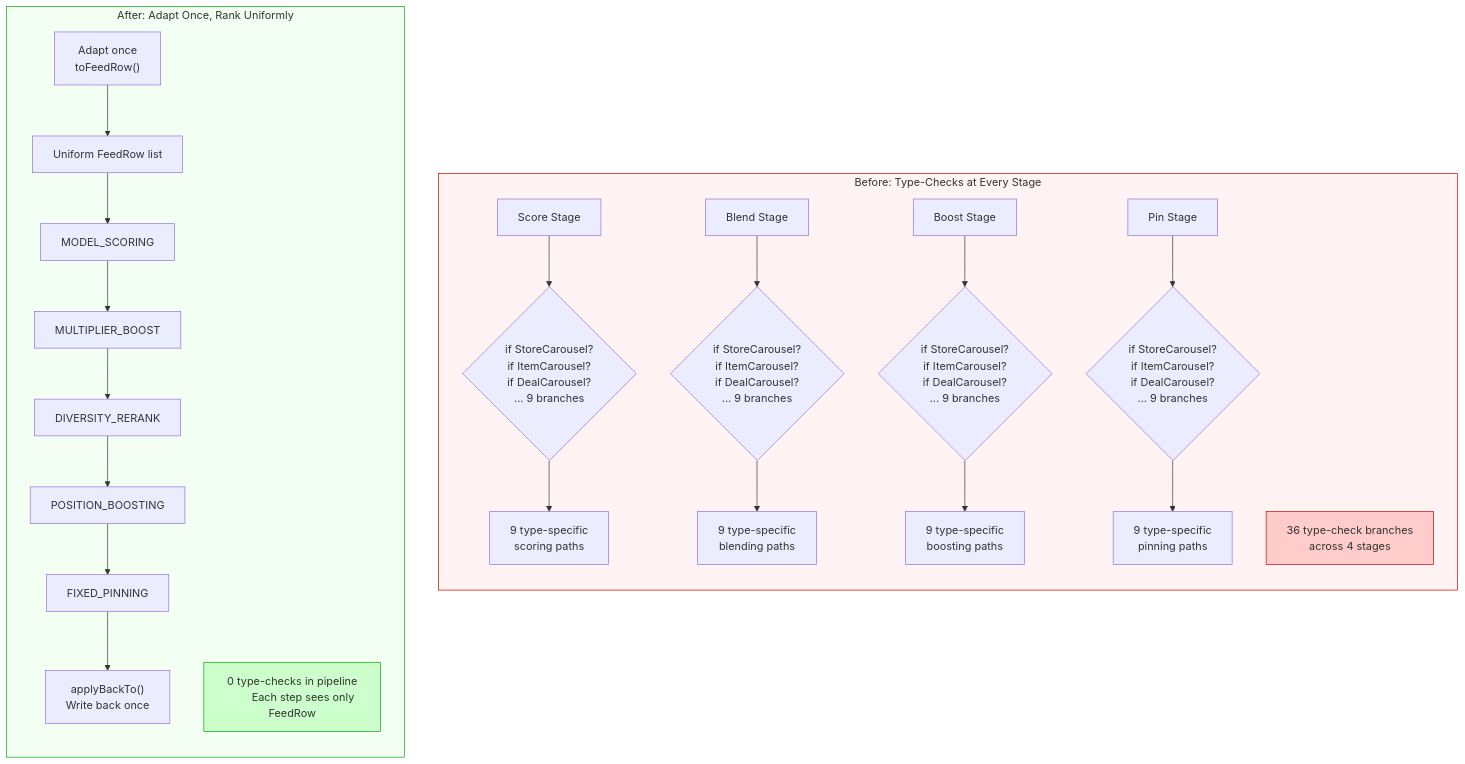
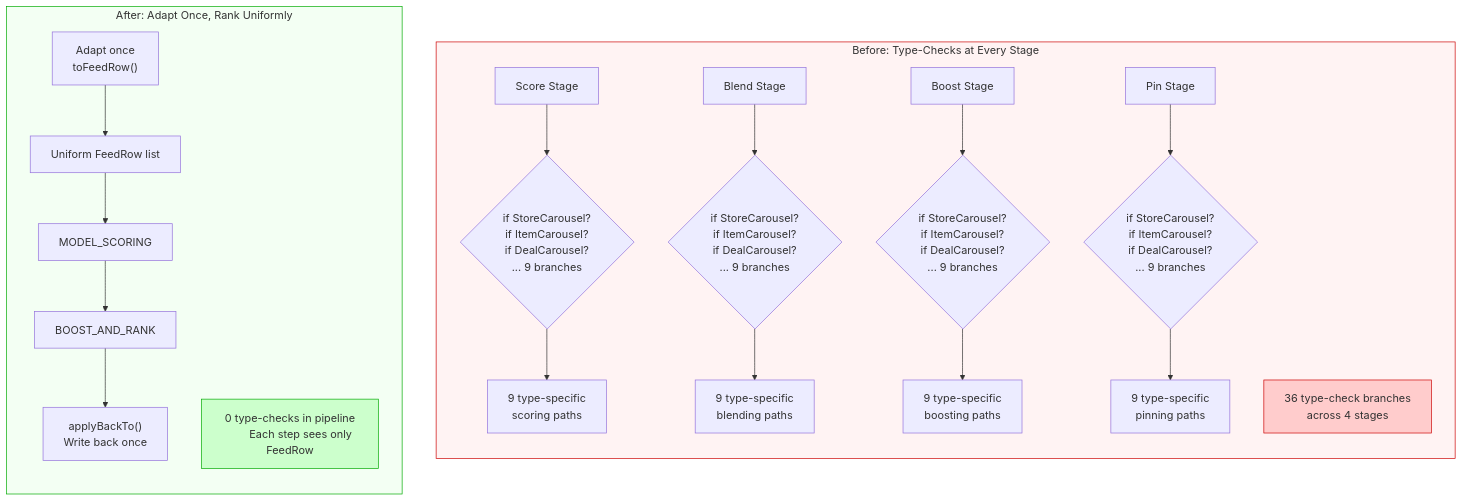
Before and after one commit to daniel-fonyo/dd-brain: the second of 7 diagrams in unified-blending-platform/context/one-pager-diagrams.md, drawn with Mermaid. The commit also changed other lines of this file and 2 other files, not shown here.

````diff
--- a/unified-blending-platform/context/one-pager-diagrams.md
+++ b/unified-blending-platform/context/one-pager-diagrams.md
@@ -190,55 +152,52 @@
 ```mermaid
 flowchart TB
     subgraph before["Before: Type-Checks at Every Stage"]
         direction TB
         S1["Score Stage"] --> B1{"if StoreCarousel?
         if ItemCarousel?
         if DealCarousel?
         ... 9 branches"}
         S2["Blend Stage"] --> B2{"if StoreCarousel?
         if ItemCarousel?
         if DealCarousel?
         ... 9 branches"}
         S3["Boost Stage"] --> B3{"if StoreCarousel?
         if ItemCarousel?
         if DealCarousel?
         ... 9 branches"}
         S4["Pin Stage"] --> B4{"if StoreCarousel?
         if ItemCarousel?
         if DealCarousel?
         ... 9 branches"}
 
         B1 --> R1["9 type-specific
         scoring paths"]
         B2 --> R2["9 type-specific
         blending paths"]
         B3 --> R3["9 type-specific
         boosting paths"]
         B4 --> R4["9 type-specific
         pinning paths"]
 
         NOTE["36 type-check branches
         across 4 stages"]
     end
 
     subgraph after["After: Adapt Once, Rank Uniformly"]
         direction TB
         ADAPT["Adapt once
         toFeedRow()"] --> UNI["Uniform FeedRow list"]
         UNI --> P1["MODEL_SCORING"]
-        P1 --> P2["MULTIPLIER_BOOST"]
-        P2 --> P3["DIVERSITY_RERANK"]
-        P3 --> P4["POSITION_BOOSTING"]
-        P4 --> P5["FIXED_PINNING"]
-        P5 --> BACK["applyBackTo()
+        P1 --> P2["BOOST_AND_RANK"]
+        P2 --> BACK["applyBackTo()
         Write back once"]
 
         NOTE2["0 type-checks in pipeline
         Each step sees only FeedRow"]
     end
 
     style before fill:#fff3f3,stroke:#cc0000
     style after fill:#f3fff3,stroke:#00aa00
     style NOTE fill:#ffcccc,stroke:#cc0000
     style NOTE2 fill:#ccffcc,stroke:#00aa00
 ```
````
